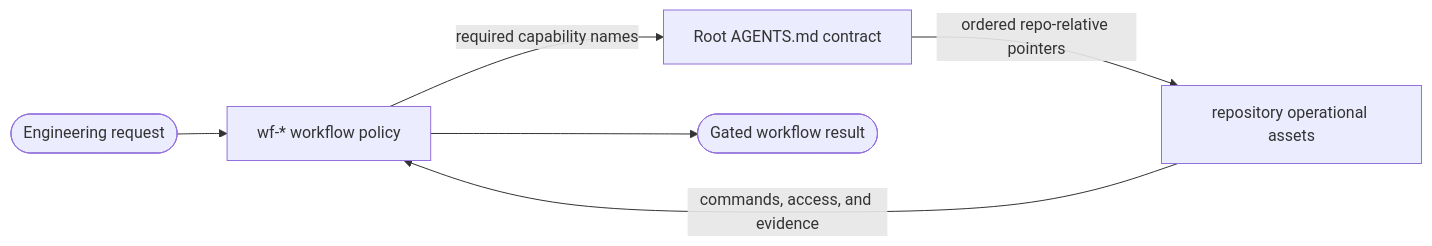
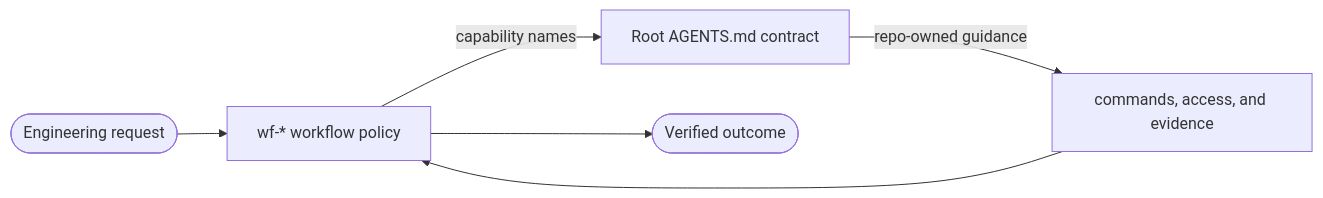
Before and after one commit to Life-With-Data/agentic-engineering: the first of 5 diagrams in plugins/agentic-engineering/FLOWS.md, drawn with Mermaid. The commit also changed other lines of this file and 26 other files, not shown here.

````diff
--- a/plugins/agentic-engineering/FLOWS.md
+++ b/plugins/agentic-engineering/FLOWS.md
@@ -7,8 +7,8 @@
 ```mermaid
 flowchart LR
     request([Engineering request]) --> WF["wf-* workflow policy"]
-    WF -->|"required capability names"| C["Root AGENTS.md contract"]
-    C -->|"ordered repo-relative pointers"| R["repository operational assets"]
-    R -->|"commands, access, and evidence"| WF
-    WF --> result([Gated workflow result])
+    WF -->|"capability names"| C["Root AGENTS.md contract"]
+    C -->|"repo-owned guidance"| R["commands, access, and evidence"]
+    R --> WF
+    WF --> result([Verified outcome])
 ```
````
